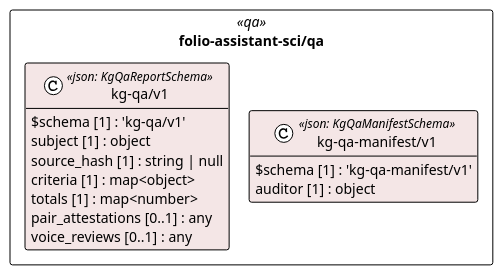
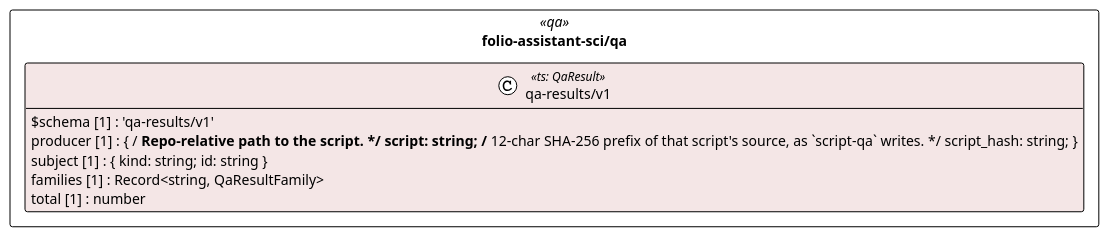
The diagram in uml/overview/folio-assistant-sci/qa.puml (litlfred/cat-harness), drawn with PlantUML before and after one commit. The commit also changed 406 other files, not shown here.

```diff
--- a/uml/overview/folio-assistant-sci/qa.puml
+++ b/uml/overview/folio-assistant-sci/qa.puml
@@ -3,25 +3,19 @@
 @startuml folio_assistant_sci_qa
 !pragma layout elk
 !theme plain
 skinparam classAttributeIconSize 0
 skinparam shadowing false
 skinparam packageStyle rectangle
 hide empty methods
 
 package "folio-assistant-sci/qa" as pkg_folio_assistant_sci_qa <<qa>> {
-  class "kg-qa/v1" as folio_assistant_sci_qa_kg_qa_v1_kg_qa_v1 <<json: KgQaReportSchema>> #f4e6e6 {
-    $schema [1] : 'kg-qa/v1'
-    subject [1] : object
-    source_hash [1] : string | null
-    criteria [1] : map<object>
-    totals [1] : map<number>
-    pair_attestations [0..1] : any
-    voice_reviews [0..1] : any
-  }
-  class "kg-qa-manifest/v1" as folio_assistant_sci_qa_kg_qa_manifest_v1_kg_qa_manifest_v1 <<json: KgQaManifestSchema>> #f4e6e6 {
-    $schema [1] : 'kg-qa-manifest/v1'
-    auditor [1] : object
+  class "qa-results/v1" as folio_assistant_sci_qa_qa_results_v1 <<ts: QaResult>> #f4e6e6 {
+    $schema [1] : 'qa-results/v1'
+    producer [1] : { /** Repo-relative path to the script. */ script: string; /** 12-char SHA-256 prefix of that script's source, as `script-qa` writes. */ script_hash: string; }
+    subject [1] : { kind: string; id: string }
+    families [1] : Record<string, QaResultFamily>
+    total [1] : number
   }
 }
 
 @enduml
```
